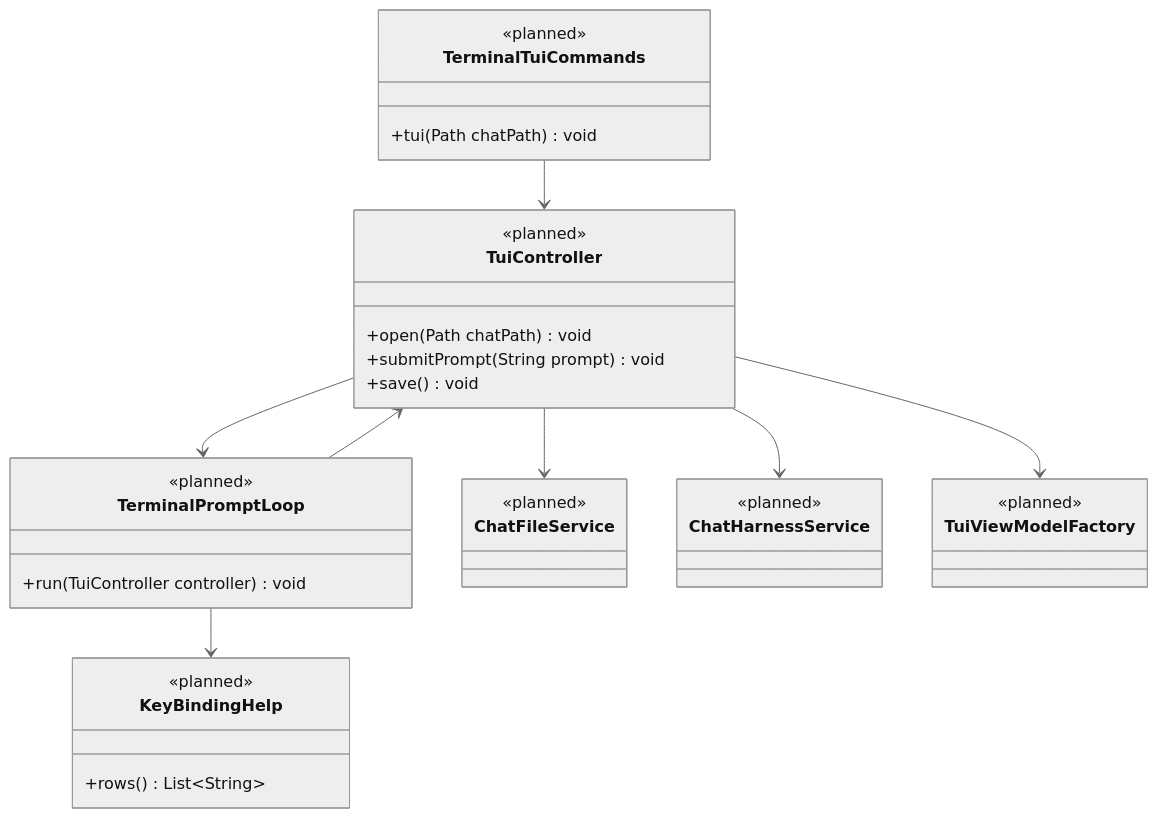
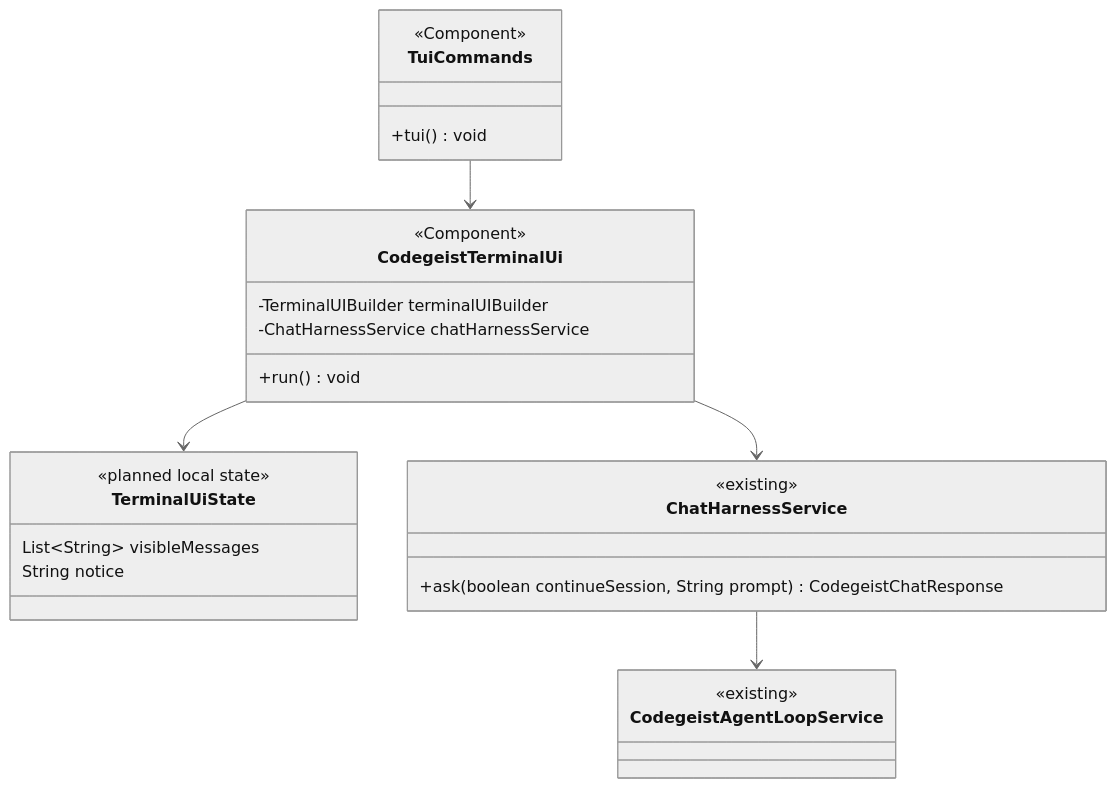
One commit to codegeist-ai/codegeist changed diagram 13 of 13 in docs/tasks/T007_build-codegeist-runtime-harness/runtime-harness-spec.md. Above: the diagram before and after it, drawn with Mermaid (neutral theme). The commit also changed other lines of this file and 27 other files, not shown here.

First line of the commit message:
feat(tui): add TerminalUI command baseline

````diff
--- a/docs/tasks/T007_build-codegeist-runtime-harness/runtime-harness-spec.md
+++ b/docs/tasks/T007_build-codegeist-runtime-harness/runtime-harness-spec.md
@@ -560,46 +583,36 @@
 ```mermaid
 classDiagram
     direction TB
 
-    class TerminalTuiCommands {
-      <<planned>>
-      +tui(Path chatPath) void
+    class TuiCommands {
+      <<Component>>
+      +tui() void
     }
 
-    class TuiController {
-      <<planned>>
-      +open(Path chatPath) void
-      +submitPrompt(String prompt) void
-      +save() void
+    class CodegeistTerminalUi {
+      <<Component>>
+      -TerminalUIBuilder terminalUIBuilder
+      -ChatHarnessService chatHarnessService
+      +run() void
     }
 
-    class TerminalPromptLoop {
-      <<planned>>
-      +run(TuiController controller) void
-    }
-
-    class KeyBindingHelp {
-      <<planned>>
-      +rows() List~String~
-    }
-
-    class ChatFileService {
-      <<planned>>
+    class TerminalUiState {
+      <<planned local state>>
+      List~String~ visibleMessages
+      String notice
     }
 
     class ChatHarnessService {
-      <<planned>>
+      <<existing>>
+      +ask(boolean continueSession, String prompt) CodegeistChatResponse
     }
 
-    class TuiViewModelFactory {
-      <<planned>>
+    class CodegeistAgentLoopService {
+      <<existing>>
     }
 
-    TerminalTuiCommands --> TuiController
-    TuiController --> ChatFileService
-    TuiController --> ChatHarnessService
-    TuiController --> TuiViewModelFactory
-    TuiController --> TerminalPromptLoop
-    TerminalPromptLoop --> TuiController
-    TerminalPromptLoop --> KeyBindingHelp
+    TuiCommands --> CodegeistTerminalUi
+    CodegeistTerminalUi --> TerminalUiState
+    CodegeistTerminalUi --> ChatHarnessService
+    ChatHarnessService --> CodegeistAgentLoopService
 ```
````
